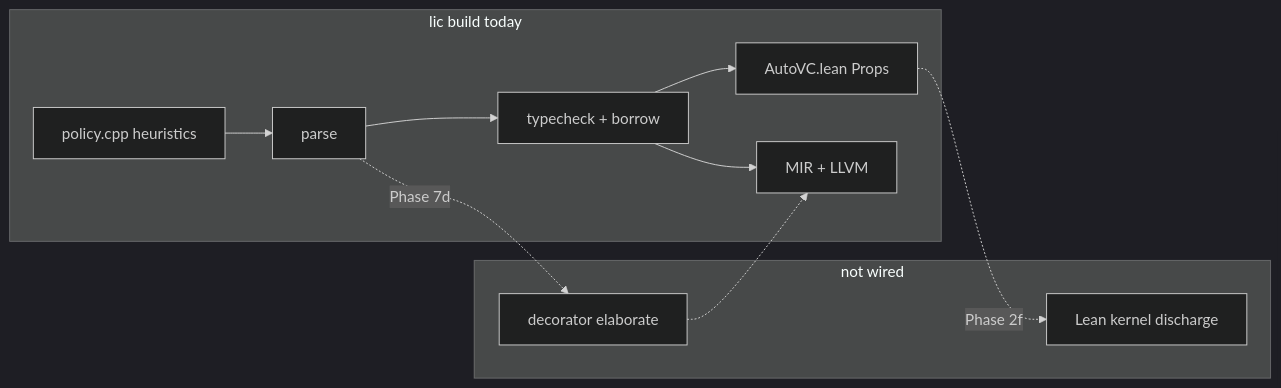
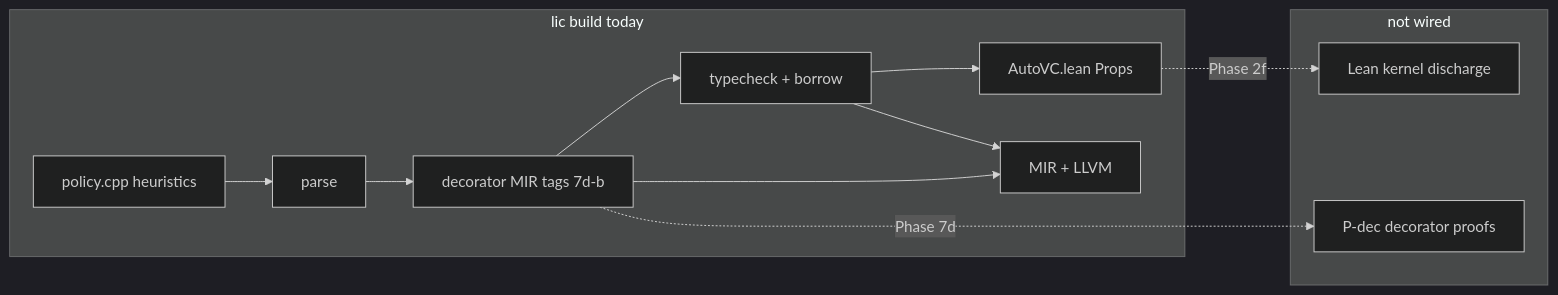
The diagram in docs/verification/provability-gaps.md (li-langverse/lic), drawn with Mermaid (dark theme) before and after one commit. The commit also changed other lines of this file and 9 other files, not shown here.

Commit message:
feat(7d): mir_parallel_proc telemetry + G-dec exit gates (lic#2)

````diff
--- a/docs/verification/provability-gaps.md
+++ b/docs/verification/provability-gaps.md
@@ -142,19 +142,20 @@
 ```mermaid
 flowchart LR
   subgraph today [lic build today]
     pol[policy.cpp heuristics]
     par[parse]
+    dec[decorator MIR tags 7d-b]
     tc[typecheck + borrow]
     vc[AutoVC.lean Props]
     mir[MIR + LLVM]
-    pol --> par --> tc --> vc
+    pol --> par --> dec --> tc --> vc
     tc --> mir
+    dec --> mir
   end
   subgraph missing [not wired]
     lean[Lean kernel discharge]
-    dec[decorator elaborate]
+    pdec[P-dec decorator proofs]
   end
   vc -.->|Phase 2f| lean
-  par -.->|Phase 7d| dec
-  dec -.-> mir
+  dec -.->|Phase 7d| pdec
 ```
````
